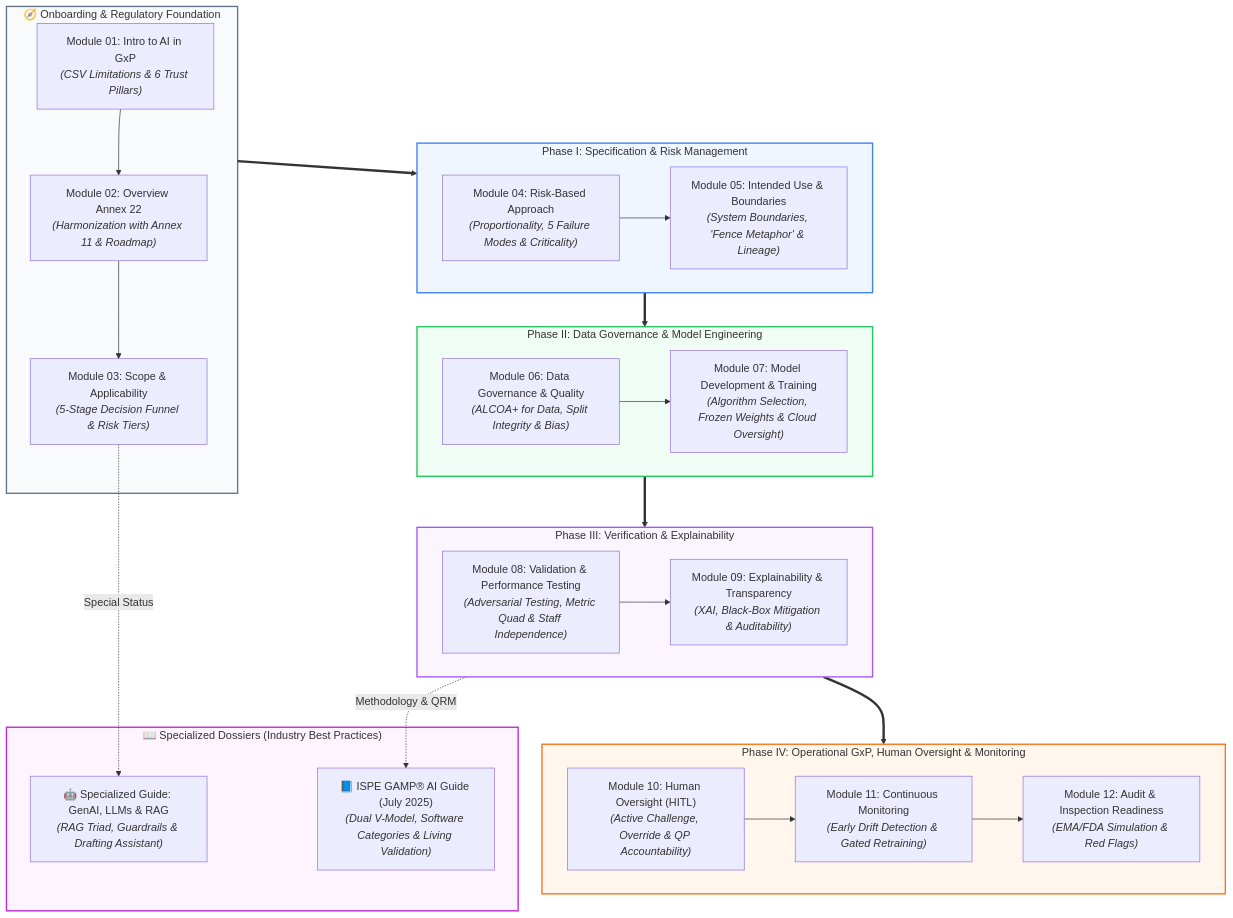
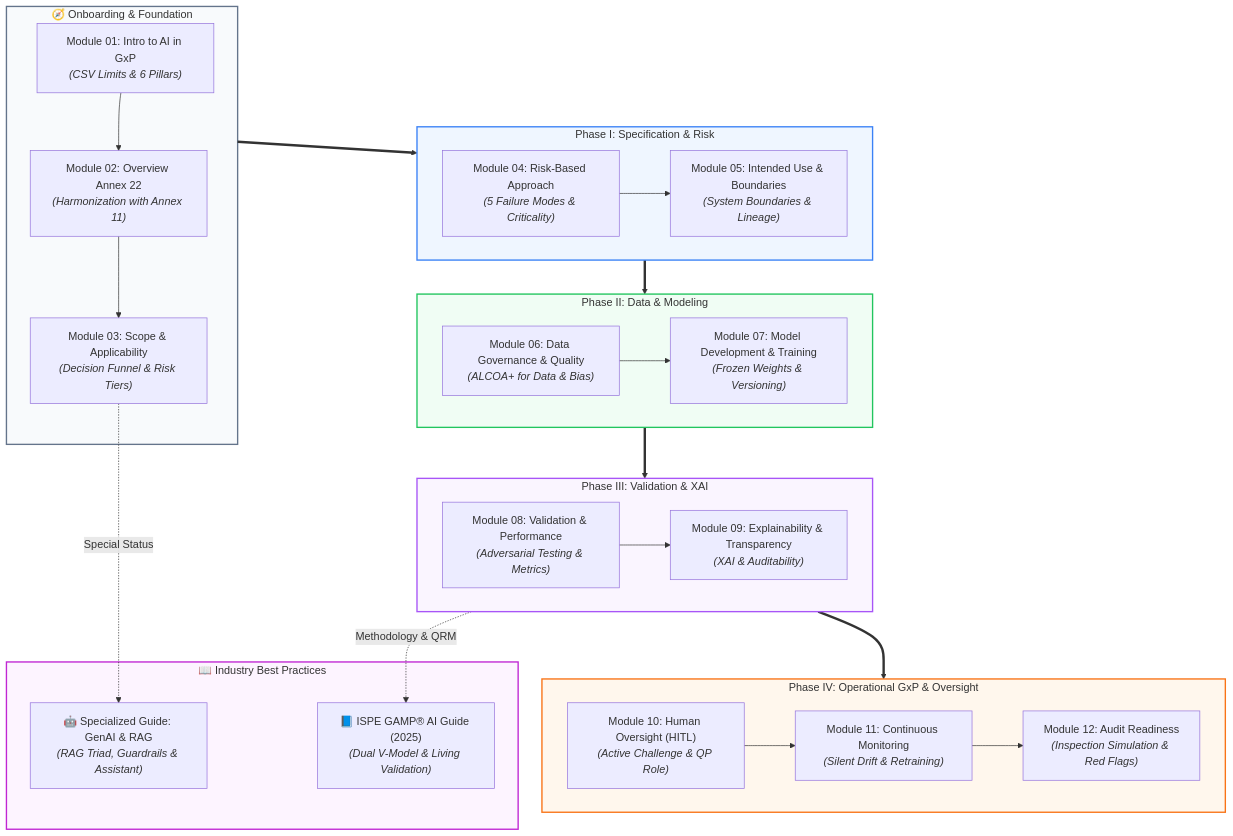
The second of 2 diagrams in docs/en/00_overview.md (Lunaman06/Annex22), drawn with Mermaid before and after one commit. The commit also changed other lines of this file and 29 other files, not shown here.

Commit message:
style(docs): optimize mermaid diagram aspect ratios, edge flows and legibility across all DE and EN modules

````diff
--- a/docs/en/00_overview.md
+++ b/docs/en/00_overview.md
@@ -66,54 +70,54 @@
 ```mermaid
 flowchart TD
-    subgraph S0["🧭 Onboarding & Regulatory Foundation"]
-        M01["Module 01: Intro to AI in GxP<br/><i>(CSV Limitations & 6 Trust Pillars)</i>"]
-        M02["Module 02: Overview Annex 22<br/><i>(Harmonization with Annex 11 & Roadmap)</i>"]
-        M03["Module 03: Scope & Applicability<br/><i>(5-Stage Decision Funnel & Risk Tiers)</i>"]
+    subgraph S0["🧭 Onboarding & Foundation"]
+        M01["Module 01: Intro to AI in GxP<br/><i>(CSV Limits & 6 Pillars)</i>"]
+        M02["Module 02: Overview Annex 22<br/><i>(Harmonization with Annex 11)</i>"]
+        M03["Module 03: Scope & Applicability<br/><i>(Decision Funnel & Risk Tiers)</i>"]
         M01 --> M02 --> M03
     end
 
-    subgraph S1["Phase I: Specification & Risk Management"]
-        M04["Module 04: Risk-Based Approach<br/><i>(Proportionality, 5 Failure Modes & Criticality)</i>"]
-        M05["Module 05: Intended Use & Boundaries<br/><i>(System Boundaries, 'Fence Metaphor' & Lineage)</i>"]
+    subgraph S1["Phase I: Specification & Risk"]
+        M04["Module 04: Risk-Based Approach<br/><i>(5 Failure Modes & Criticality)</i>"]
+        M05["Module 05: Intended Use & Boundaries<br/><i>(System Boundaries & Lineage)</i>"]
         M04 --> M05
     end
 
-    subgraph S2["Phase II: Data Governance & Model Engineering"]
-        M06["Module 06: Data Governance & Quality<br/><i>(ALCOA+ for Data, Split Integrity & Bias)</i>"]
-        M07["Module 07: Model Development & Training<br/><i>(Algorithm Selection, Frozen Weights & Cloud Oversight)</i>"]
+    subgraph S2["Phase II: Data & Modeling"]
+        M06["Module 06: Data Governance & Quality<br/><i>(ALCOA+ for Data & Bias)</i>"]
+        M07["Module 07: Model Development & Training<br/><i>(Frozen Weights & Versioning)</i>"]
         M06 --> M07
     end
 
-    subgraph S3["Phase III: Verification & Explainability"]
-        M08["Module 08: Validation & Performance Testing<br/><i>(Adversarial Testing, Metric Quad & Staff Independence)</i>"]
-        M09["Module 09: Explainability & Transparency<br/><i>(XAI, Black-Box Mitigation & Auditability)</i>"]
+    subgraph S3["Phase III: Validation & XAI"]
+        M08["Module 08: Validation & Performance<br/><i>(Adversarial Testing & Metrics)</i>"]
+        M09["Module 09: Explainability & Transparency<br/><i>(XAI & Auditability)</i>"]
         M08 --> M09
     end
 
-    subgraph S4["Phase IV: Operational GxP, Human Oversight & Monitoring"]
-        M10["Module 10: Human Oversight (HITL)<br/><i>(Active Challenge, Override & QP Accountability)</i>"]
-        M11["Module 11: Continuous Monitoring<br/><i>(Early Drift Detection & Gated Retraining)</i>"]
-        M12["Module 12: Audit & Inspection Readiness<br/><i>(EMA/FDA Simulation & Red Flags)</i>"]
+    subgraph S4["Phase IV: Operational GxP & Oversight"]
+        M10["Module 10: Human Oversight (HITL)<br/><i>(Active Challenge & QP Role)</i>"]
+        M11["Module 11: Continuous Monitoring<br/><i>(Silent Drift & Retraining)</i>"]
+        M12["Module 12: Audit Readiness<br/><i>(Inspection Simulation & Red Flags)</i>"]
         M10 --> M11 --> M12
     end
 
-    subgraph SA["📖 Specialized Dossiers (Industry Best Practices)"]
-        APP_GEN["🤖 Specialized Guide: GenAI, LLMs & RAG<br/><i>(RAG Triad, Guardrails & Drafting Assistant)</i>"]
-        APP_GAMP["📘 ISPE GAMP® AI Guide (July 2025)<br/><i>(Dual V-Model, Software Categories & Living Validation)</i>"]
+    subgraph SA["📖 Industry Best Practices"]
+        APP_GEN["🤖 Specialized Guide: GenAI & RAG<br/><i>(RAG Triad, Guardrails & Assistant)</i>"]
+        APP_GAMP["📘 ISPE GAMP® AI Guide (2025)<br/><i>(Dual V-Model & Living Validation)</i>"]
     end
 
     S0 ==> S1
     S1 ==> S2
     S2 ==> S3
     S3 ==> S4
 
     M03 -. Special Status .-> APP_GEN
     S3 -. Methodology & QRM .-> APP_GAMP
 
     style S0 fill:#f8fafc,stroke:#64748b,stroke-width:2px
     style S1 fill:#eff6ff,stroke:#3b82f6,stroke-width:2px
     style S2 fill:#f0fdf4,stroke:#22c55e,stroke-width:2px
     style S3 fill:#faf5ff,stroke:#a855f7,stroke-width:2px
     style S4 fill:#fff7ed,stroke:#f97316,stroke-width:2px
     style SA fill:#fdf4ff,stroke:#c026d3,stroke-width:2px
 ```
````
